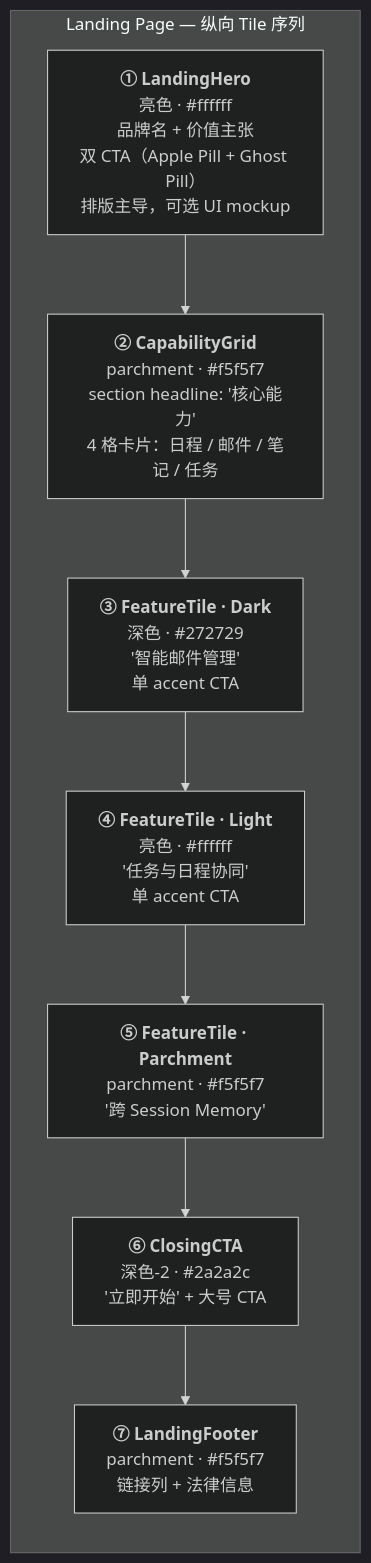
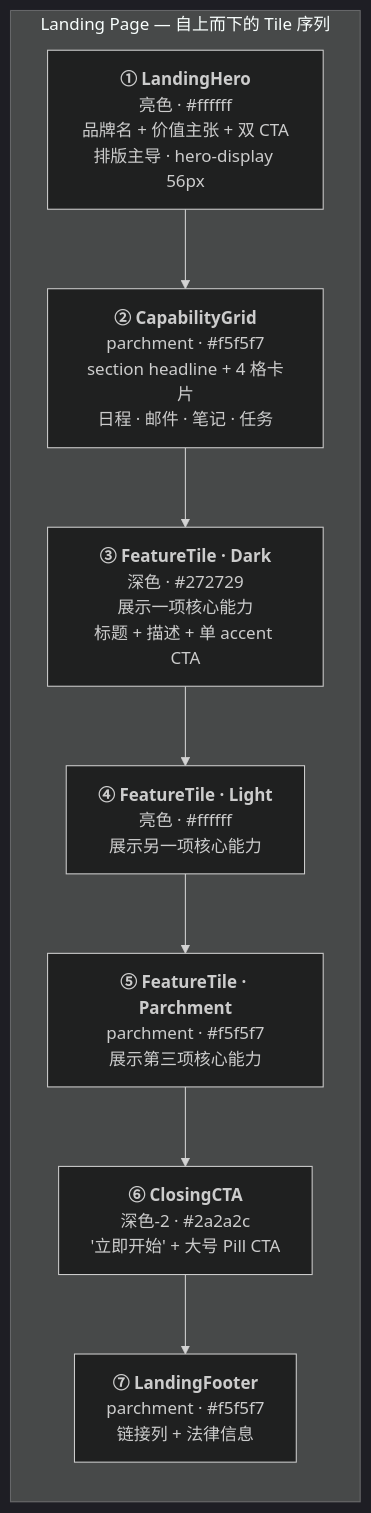
The second of 3 diagrams in personal-assistant-meta/issues/features/feature-landing-page/issue.md (git-malu/personal-assistant), drawn with Mermaid (dark theme) before and after one commit. The commit also changed other lines of this file, not shown here.

First line of the commit message:
Revise Landing Page design document with clarified scope and AuthGuard architecture

````diff
--- a/personal-assistant-meta/issues/features/feature-landing-page/issue.md
+++ b/personal-assistant-meta/issues/features/feature-landing-page/issue.md
@@ -100,15 +84,15 @@
 ```mermaid
 flowchart LR
-    subgraph Page["Landing Page — 纵向 Tile 序列"]
+    subgraph Page["Landing Page — 自上而下的 Tile 序列"]
         direction TB
-        T1["<b>① LandingHero</b><br/>亮色 · #ffffff<br/>品牌名 + 价值主张<br/>双 CTA（Apple Pill + Ghost Pill）<br/>排版主导，可选 UI mockup"]
-        T2["<b>② CapabilityGrid</b><br/>parchment · #f5f5f7<br/>section headline: '核心能力'<br/>4 格卡片：日程 / 邮件 / 笔记 / 任务"]
-        T3["<b>③ FeatureTile · Dark</b><br/>深色 · #272729<br/>'智能邮件管理'<br/>单 accent CTA"]
-        T4["<b>④ FeatureTile · Light</b><br/>亮色 · #ffffff<br/>'任务与日程协同'<br/>单 accent CTA"]
-        T5["<b>⑤ FeatureTile · Parchment</b><br/>parchment · #f5f5f7<br/>'跨 Session Memory'"]
-        T6["<b>⑥ ClosingCTA</b><br/>深色-2 · #2a2a2c<br/>'立即开始' + 大号 CTA"]
+        T1["<b>① LandingHero</b><br/>亮色 · #ffffff<br/>品牌名 + 价值主张 + 双 CTA<br/>排版主导 · hero-display 56px"]
+        T2["<b>② CapabilityGrid</b><br/>parchment · #f5f5f7<br/>section headline + 4 格卡片<br/>日程 · 邮件 · 笔记 · 任务"]
+        T3["<b>③ FeatureTile · Dark</b><br/>深色 · #272729<br/>展示一项核心能力<br/>标题 + 描述 + 单 accent CTA"]
+        T4["<b>④ FeatureTile · Light</b><br/>亮色 · #ffffff<br/>展示另一项核心能力"]
+        T5["<b>⑤ FeatureTile · Parchment</b><br/>parchment · #f5f5f7<br/>展示第三项核心能力"]
+        T6["<b>⑥ ClosingCTA</b><br/>深色-2 · #2a2a2c<br/>'立即开始' + 大号 Pill CTA"]
         T7["<b>⑦ LandingFooter</b><br/>parchment · #f5f5f7<br/>链接列 + 法律信息"]
     end
 
     T1 --> T2 --> T3 --> T4 --> T5 --> T6 --> T7
 ```
````
